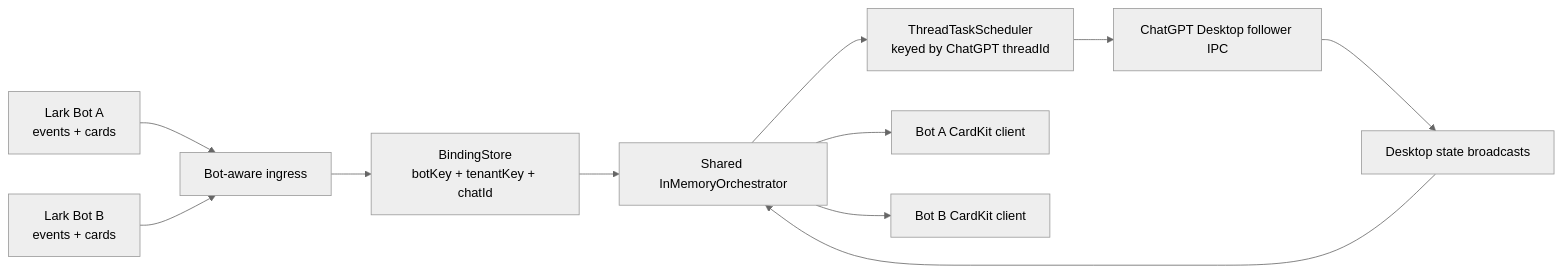
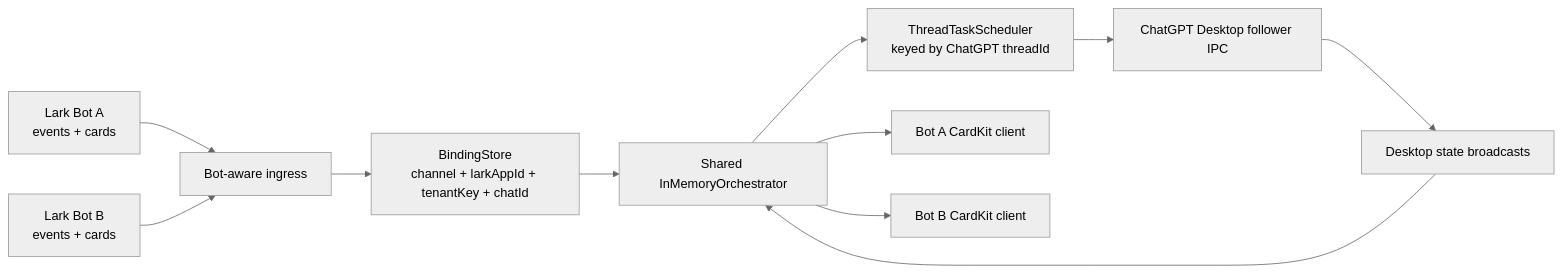
One commit to jylaxp/codex-feishu-bridge changed the first of 2 diagrams in docs/plans/2026-07-27-001-feat-multi-lark-bot-bridge-plan.md. Above: the diagram before and after it, drawn with Mermaid (neutral theme). The commit also changed other lines of this file and 68 other files, not shown here.

````diff
--- a/docs/plans/2026-07-27-001-feat-multi-lark-bot-bridge-plan.md
+++ b/docs/plans/2026-07-27-001-feat-multi-lark-bot-bridge-plan.md
@@ -268,13 +273,13 @@
 ```mermaid
 flowchart LR
     B1["Lark Bot A<br/>events + cards"] --> I["Bot-aware ingress"]
     B2["Lark Bot B<br/>events + cards"] --> I
-    I --> BS["BindingStore<br/>botKey + tenantKey + chatId"]
+    I --> BS["BindingStore<br/>channel + larkAppId + tenantKey + chatId"]
     BS --> O["Shared InMemoryOrchestrator"]
     O --> S["ThreadTaskScheduler<br/>keyed by ChatGPT threadId"]
     S --> D["ChatGPT Desktop follower IPC"]
     D --> E["Desktop state broadcasts"]
     E --> O
     O --> C1["Bot A CardKit client"]
     O --> C2["Bot B CardKit client"]
 ```
````
